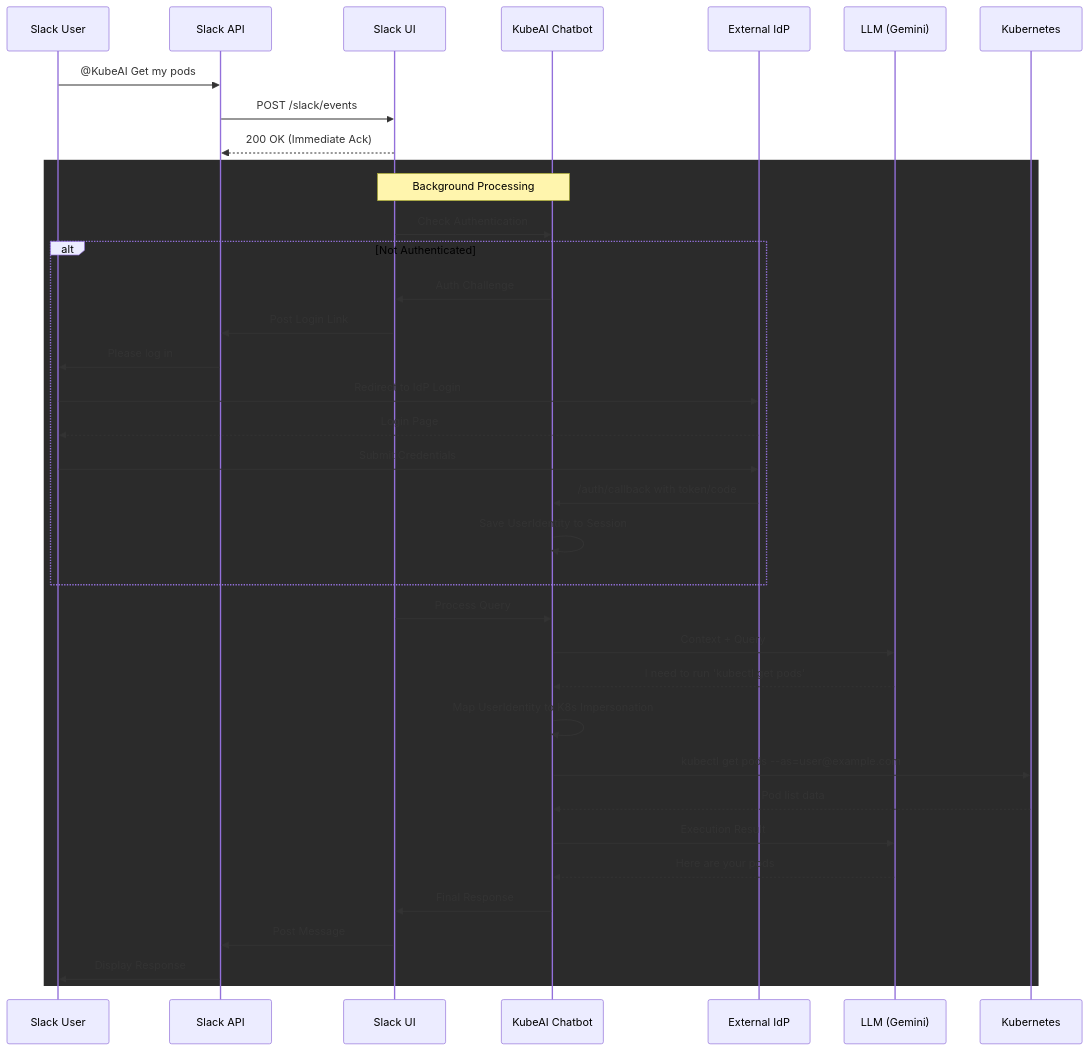
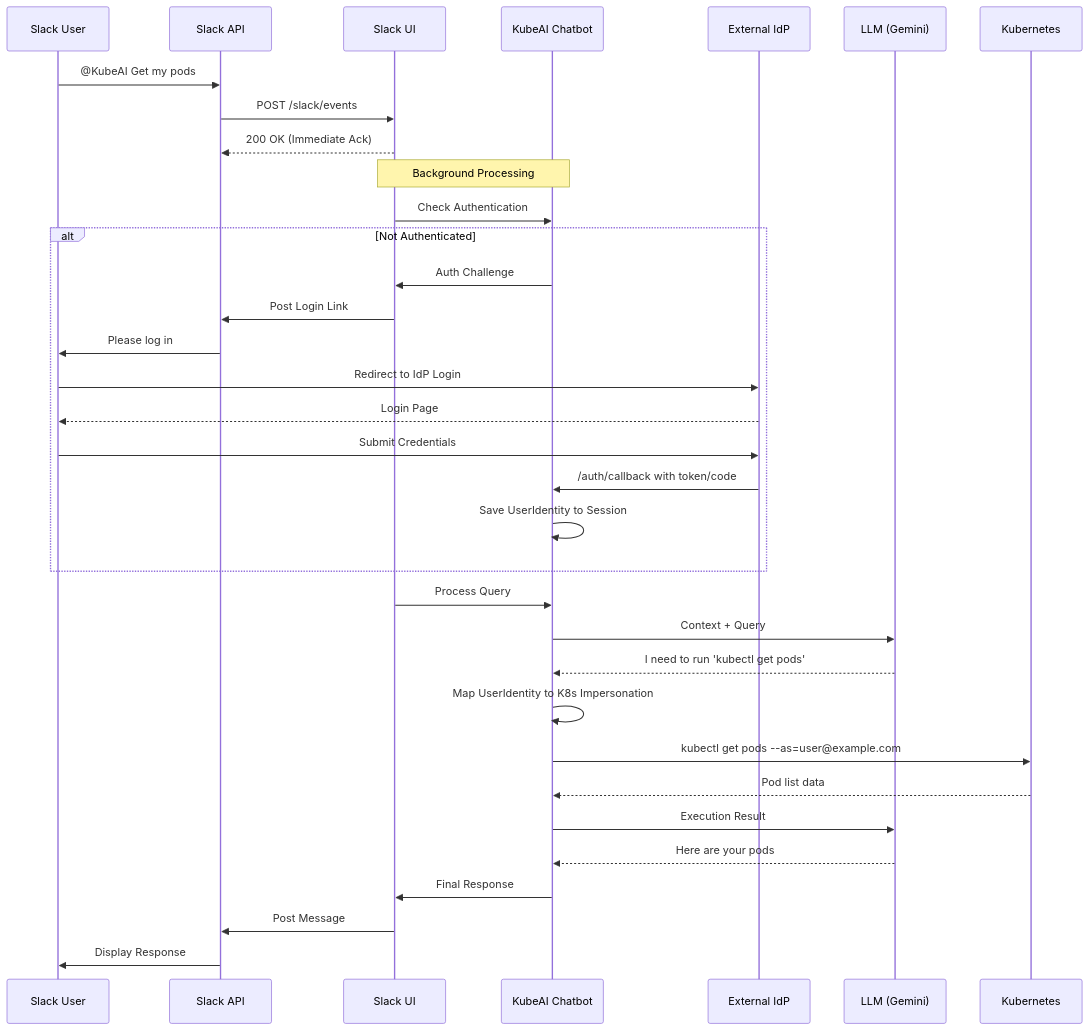
The third of 3 diagrams in docs/architecture.md (KongZ/kubeai-chatbot), drawn with Mermaid before and after one commit.

````diff
--- a/docs/architecture.md
+++ b/docs/architecture.md
@@ -92,41 +92,39 @@
 ```mermaid
 sequenceDiagram
   participant U as Slack User
   participant S as Slack API
   participant UI as Slack UI
   participant Ag as KubeAI Chatbot
   participant IdP as External IdP
   participant L as LLM (Gemini)
   participant K as Kubernetes
 
   U->>S: @KubeAI Get my pods
   S->>UI: POST /slack/events
   UI-->>S: 200 OK (Immediate Ack)
 
-  rect rgba(43, 43, 43, 1)
   Note over UI,Ag: Background Processing
   UI->>Ag: Check Authentication
   alt Not Authenticated
       Ag->>UI: Auth Challenge
       UI->>S: Post Login Link
       S->>U: Please log in
       U->>IdP: Redirect to IdP Login
       IdP-->>U: Login Page
       U->>IdP: Submit Credentials
       IdP->>Ag: /auth/callback with token/code
       Ag->>Ag: Save UserIdentity to Session
   end
 
   UI->>Ag: Process Query
   Ag->>L: Context + Query
   L-->>Ag: I need to run 'kubectl get pods'
   Ag->>Ag: Map UserIdentity to K8s Impersonation
   Ag->>K: kubectl get pods --as=user@example.com
   K-->>Ag: Pod list data
   Ag->>L: Execution Result
   L-->>Ag: Here are your pods
   Ag->>UI: Final Response
   UI->>S: Post Message
   S->>U: Display Response
-  end
 ```
````
